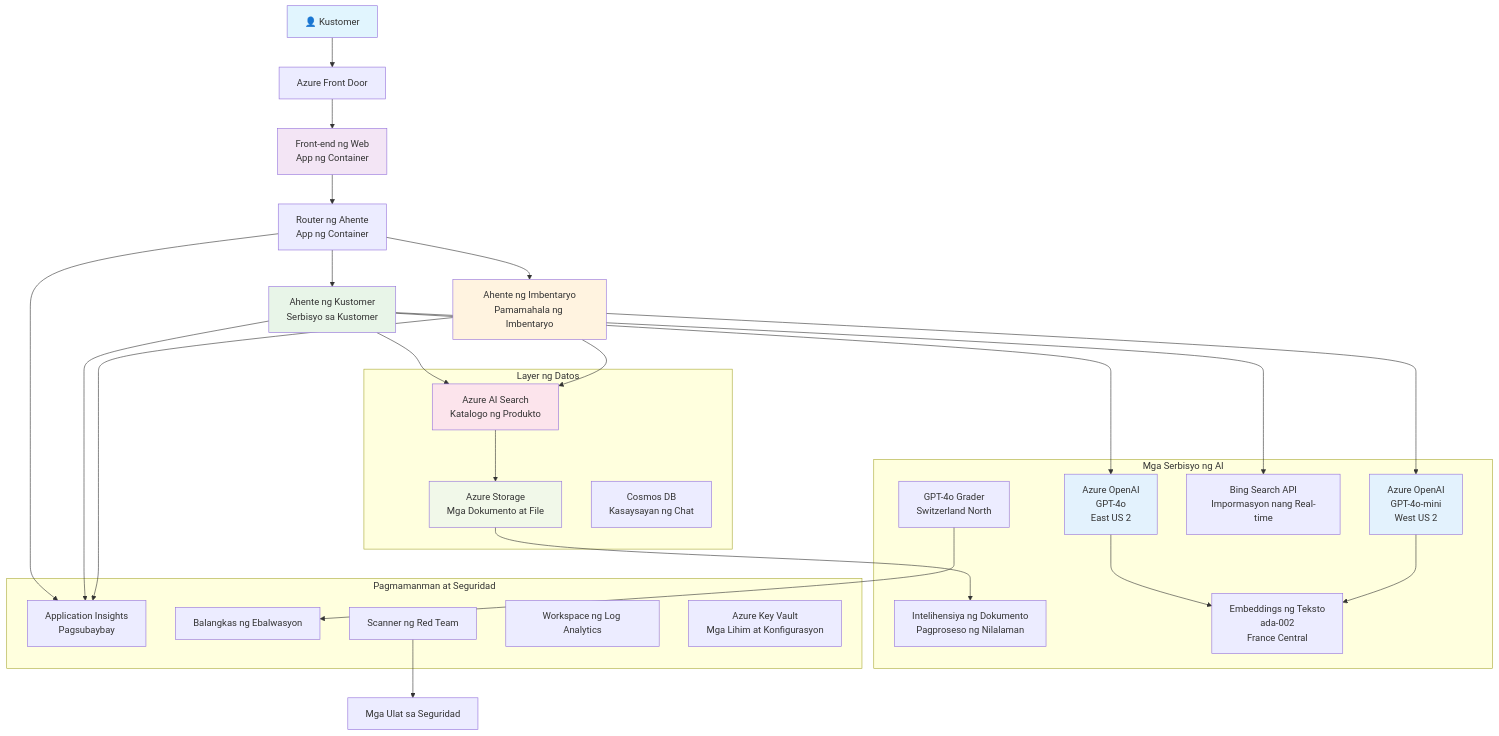
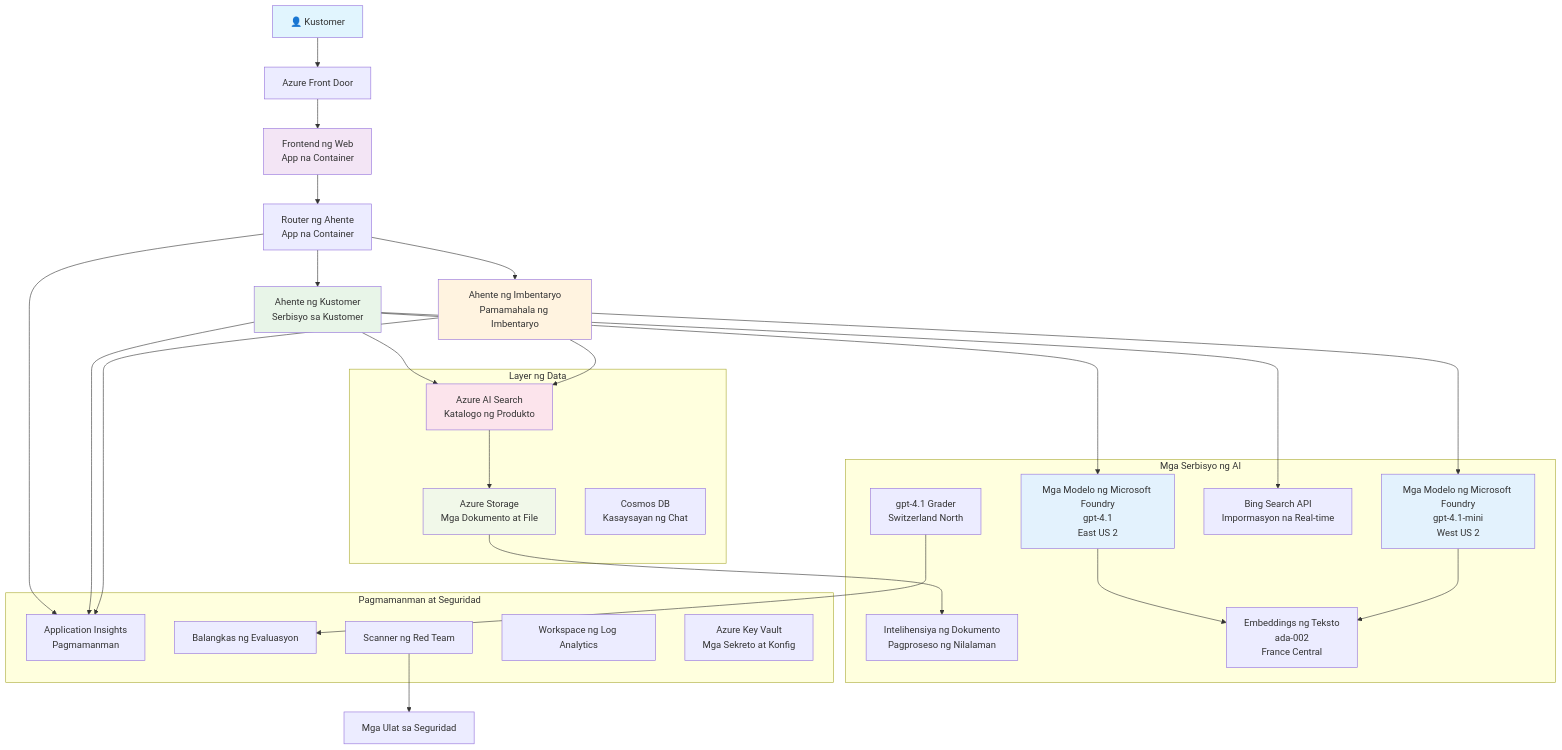
The diagram in translations/tl/examples/retail-scenario.md (microsoft/AZD-for-beginners), drawn with Mermaid before and after one commit. The commit also changed other lines of this file and 101 other files, not shown here.

````diff
--- a/translations/tl/examples/retail-scenario.md
+++ b/translations/tl/examples/retail-scenario.md
@@ -139,61 +139,61 @@
 ```mermaid
 graph TB
     User[👤 Kustomer] --> LB[Azure Front Door]
-    LB --> WebApp[Front-end ng Web<br/>App ng Container]
+    LB --> WebApp[Frontend ng Web<br/>App na Container]
     
-    WebApp --> Router[Router ng Ahente<br/>App ng Container]
+    WebApp --> Router[Router ng Ahente<br/>App na Container]
     Router --> CustomerAgent[Ahente ng Kustomer<br/>Serbisyo sa Kustomer]
     Router --> InvAgent[Ahente ng Imbentaryo<br/>Pamamahala ng Imbentaryo]
     
-    CustomerAgent --> OpenAI1[Azure OpenAI<br/>GPT-4o<br/>East US 2]
-    InvAgent --> OpenAI2[Azure OpenAI<br/>GPT-4o-mini<br/>West US 2]
+    CustomerAgent --> OpenAI1[Mga Modelo ng Microsoft Foundry<br/>gpt-4.1<br/>East US 2]
+    InvAgent --> OpenAI2[Mga Modelo ng Microsoft Foundry<br/>gpt-4.1-mini<br/>West US 2]
     
     CustomerAgent --> AISearch[Azure AI Search<br/>Katalogo ng Produkto]
-    CustomerAgent --> BingSearch[Bing Search API<br/>Impormasyon nang Real-time]
+    CustomerAgent --> BingSearch[Bing Search API<br/>Impormasyon na Real-time]
     InvAgent --> AISearch
     
     AISearch --> Storage[Azure Storage<br/>Mga Dokumento at File]
     Storage --> DocIntel[Intelihensiya ng Dokumento<br/>Pagproseso ng Nilalaman]
     
     OpenAI1 --> Embeddings[Embeddings ng Teksto<br/>ada-002<br/>France Central]
     OpenAI2 --> Embeddings
     
-    Router --> AppInsights[Application Insights<br/>Pagsubaybay]
+    Router --> AppInsights[Application Insights<br/>Pagmamanman]
     CustomerAgent --> AppInsights
     InvAgent --> AppInsights
     
-    GraderModel[GPT-4o Grader<br/>Switzerland North] --> Evaluation[Balangkas ng Ebalwasyon]
+    GraderModel[gpt-4.1 Grader<br/>Switzerland North] --> Evaluation[Balangkas ng Evaluasyon]
     RedTeam[Scanner ng Red Team] --> SecurityReports[Mga Ulat sa Seguridad]
     
-    subgraph "Layer ng Datos"
+    subgraph "Layer ng Data"
         Storage
         AISearch
         CosmosDB[Cosmos DB<br/>Kasaysayan ng Chat]
     end
     
     subgraph "Mga Serbisyo ng AI"
         OpenAI1
         OpenAI2
         Embeddings
         GraderModel
         DocIntel
         BingSearch
     end
     
     subgraph "Pagmamanman at Seguridad"
         AppInsights
         LogAnalytics[Workspace ng Log Analytics]
-        KeyVault[Azure Key Vault<br/>Mga Lihim at Konfigurasyon]
+        KeyVault[Azure Key Vault<br/>Mga Sekreto at Konfig]
         RedTeam
         Evaluation
     end
     
     style User fill:#e1f5fe
     style WebApp fill:#f3e5f5
     style CustomerAgent fill:#e8f5e8
     style InvAgent fill:#fff3e0
     style OpenAI1 fill:#e3f2fd
     style OpenAI2 fill:#e3f2fd
     style AISearch fill:#fce4ec
     style Storage fill:#f1f8e9
 ```
````
